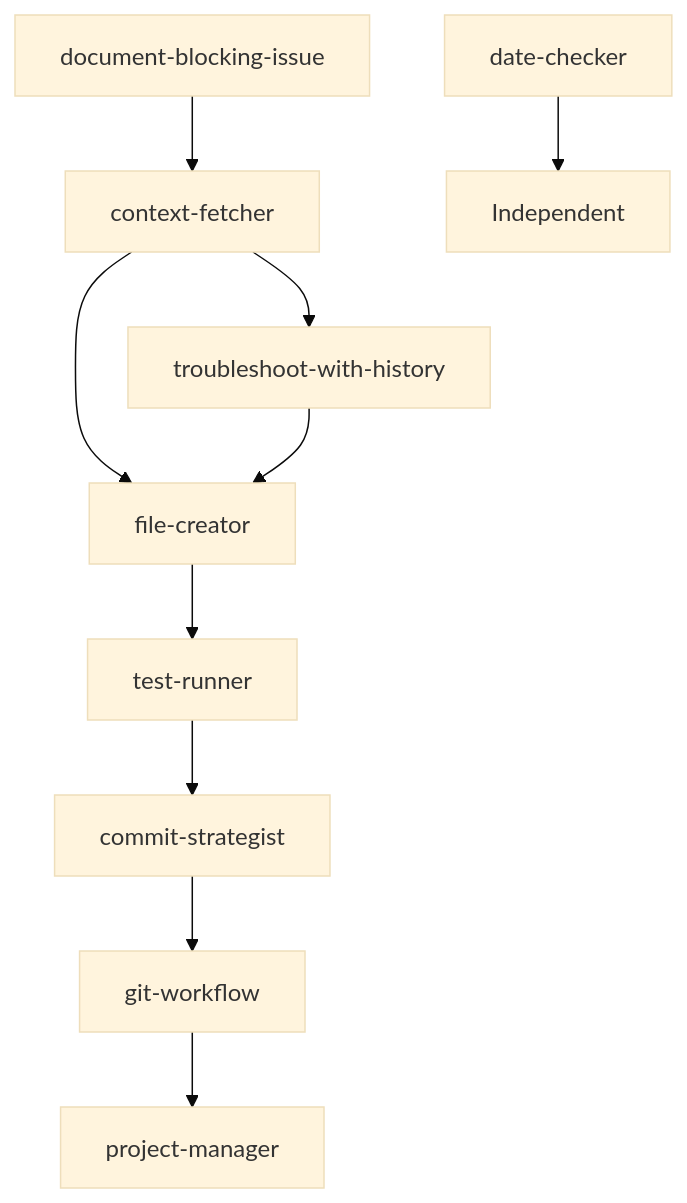
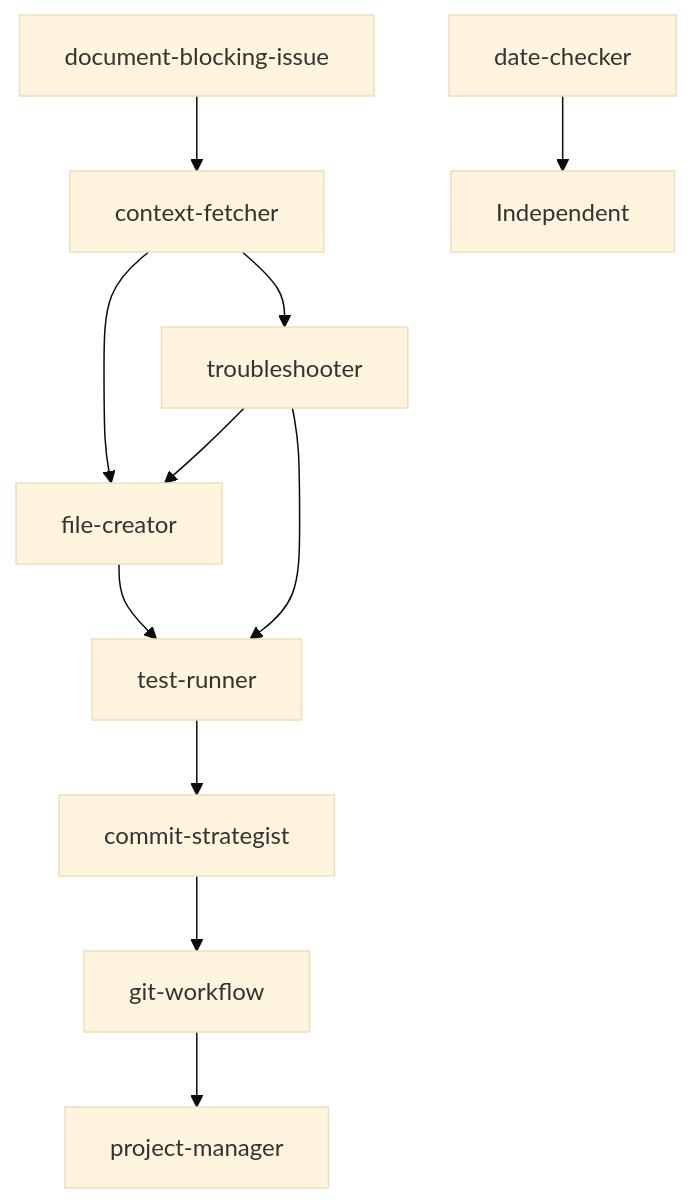
Before and after one commit to chadmcghie/Crud: the diagram in .claude/agents/orchestrator.md, drawn with Mermaid (base theme). The commit also changed other lines of this file and 2 other files, not shown here.

First line of the commit message:
feat: add troubleshooter agent and manual test workflows

````diff
--- a/.claude/agents/orchestrator.md
+++ b/.claude/agents/orchestrator.md
@@ -221,12 +219,13 @@
 ```mermaid
 graph TD
     context-fetcher --> file-creator
-    context-fetcher --> troubleshoot-with-history
+    context-fetcher --> troubleshooter
     file-creator --> test-runner
     test-runner --> commit-strategist
     commit-strategist --> git-workflow
     git-workflow --> project-manager
-    troubleshoot-with-history --> file-creator
+    troubleshooter --> test-runner
+    troubleshooter --> file-creator
     date-checker --> Independent
     document-blocking-issue --> context-fetcher
 ```
````
